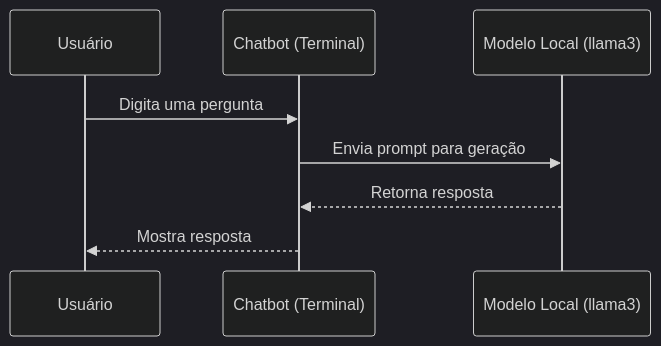
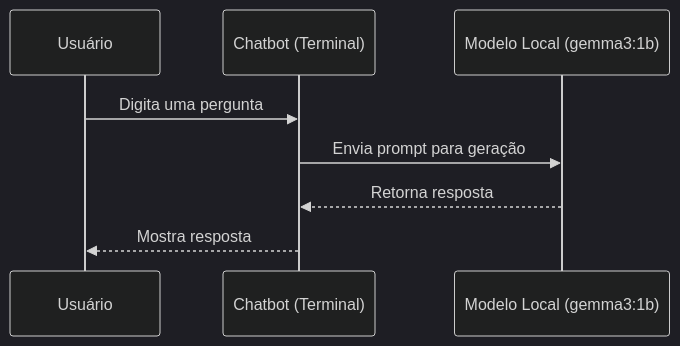
One commit to 4kumon/llm-chatbot-with-deepinfra changed the diagram in README.md. Above: the diagram before and after it, drawn with Mermaid (dark theme). The commit also changed other lines of this file, not shown here.

````diff
--- a/README.md
+++ b/README.md
@@ -32,11 +49,12 @@
 ```mermaid
 sequenceDiagram
     participant U as Usuário
     participant CLI as Chatbot (Terminal)
-    participant Ollama as Modelo Local (llama3)
+    participant Ollama as Modelo Local (gemma3:1b)
 
     U->>CLI: Digita uma pergunta
     CLI->>Ollama: Envia prompt para geração
     Ollama-->>CLI: Retorna resposta
     CLI-->>U: Mostra resposta
+
 ```
````
